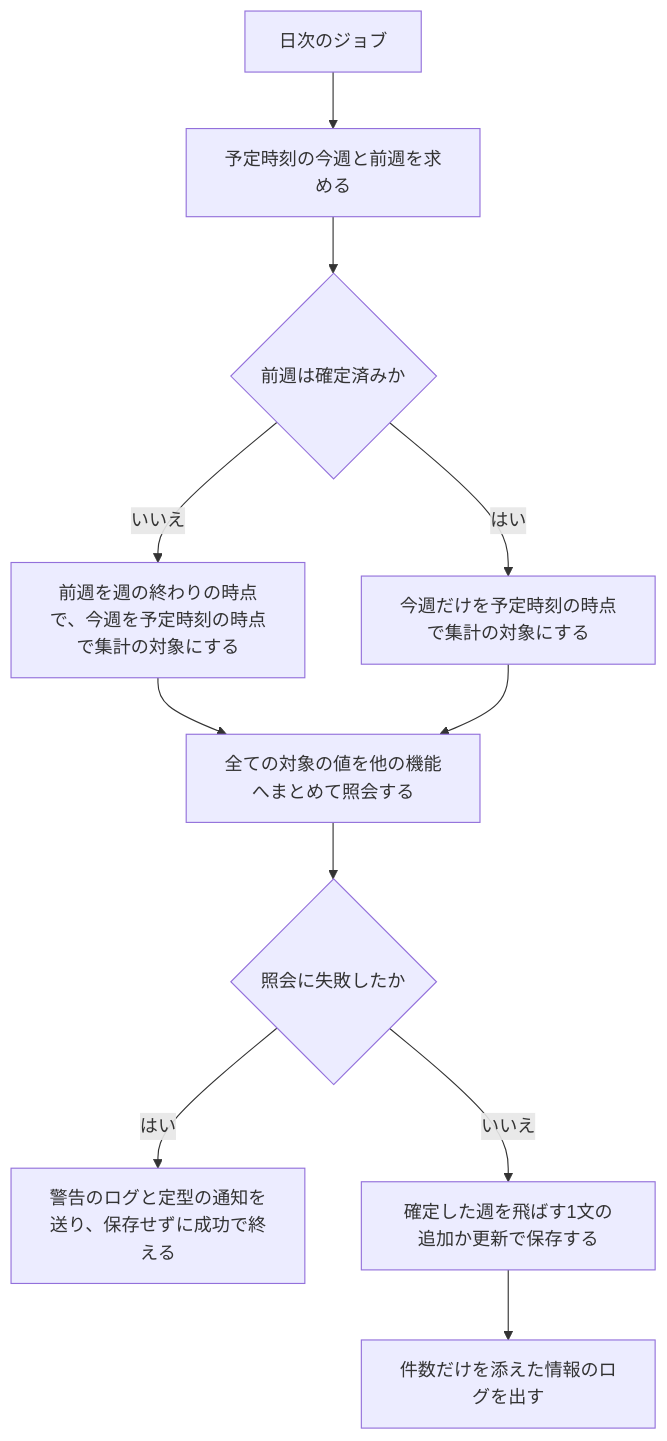
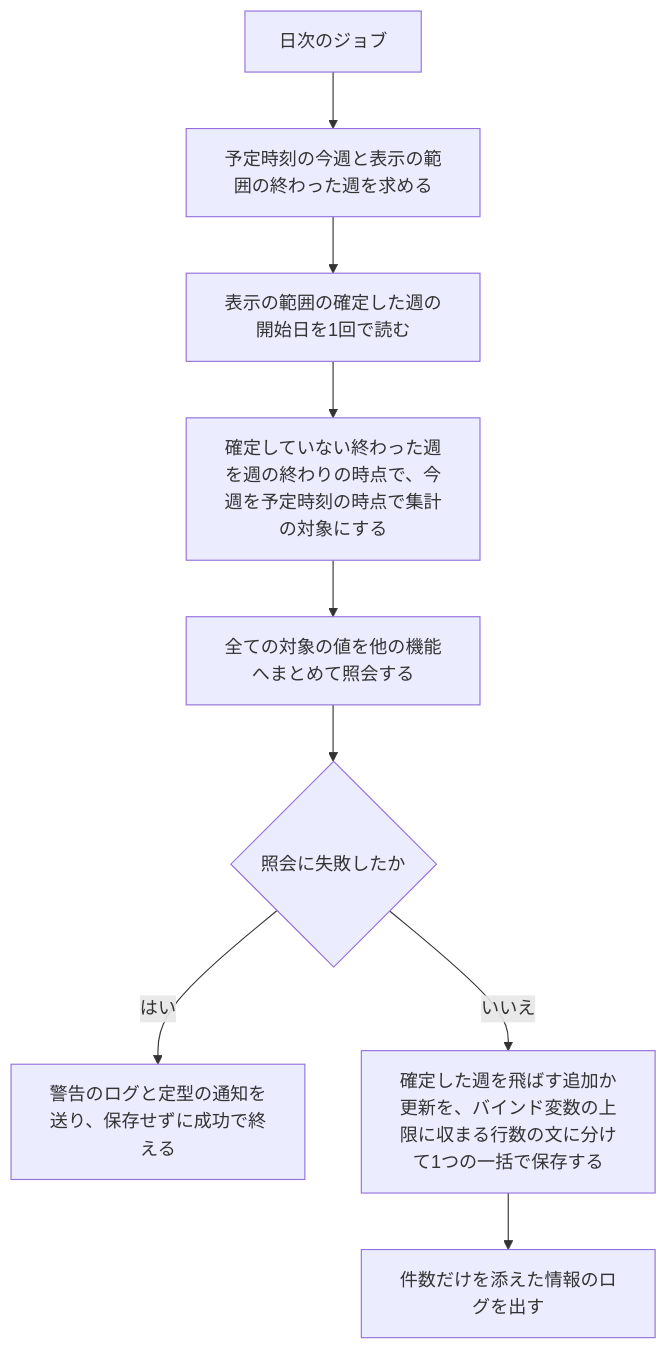
The second of 2 diagrams in docs/GUIDES/tech/db/008-weekly-aggregate-snapshots.md (kurachiweb/genai-example-2-launch-platform), drawn with Mermaid before and after one commit. The commit also changed other lines of this file and 9 other files, not shown here.

````diff
--- a/docs/GUIDES/tech/db/008-weekly-aggregate-snapshots.md
+++ b/docs/GUIDES/tech/db/008-weekly-aggregate-snapshots.md
@@ -131,13 +136,11 @@
 ```mermaid
 flowchart TB
-    Start[日次のジョブ] --> Weeks[予定時刻の今週と前週を求める]
-    Weeks --> Prev{前週は確定済みか}
-    Prev -- いいえ --> Both[前週を週の終わりの時点で、今週を予定時刻の時点で集計の対象にする]
-    Prev -- はい --> Current[今週だけを予定時刻の時点で集計の対象にする]
-    Both --> Query[全ての対象の値を他の機能へまとめて照会する]
-    Current --> Query
+    Start[日次のジョブ] --> Weeks[予定時刻の今週と表示の範囲の終わった週を求める]
+    Weeks --> Finalized[表示の範囲の確定した週の開始日を1回で読む]
+    Finalized --> Targets[確定していない終わった週を週の終わりの時点で、今週を予定時刻の時点で集計の対象にする]
+    Targets --> Query[全ての対象の値を他の機能へまとめて照会する]
     Query --> Failed{照会に失敗したか}
     Failed -- はい --> Report[警告のログと定型の通知を送り、保存せずに成功で終える]
-    Failed -- いいえ --> Upsert[確定した週を飛ばす1文の追加か更新で保存する]
+    Failed -- いいえ --> Upsert[確定した週を飛ばす追加か更新を、バインド変数の上限に収まる行数の文に分けて1つの一括で保存する]
     Upsert --> Log[件数だけを添えた情報のログを出す]
 ```
````
